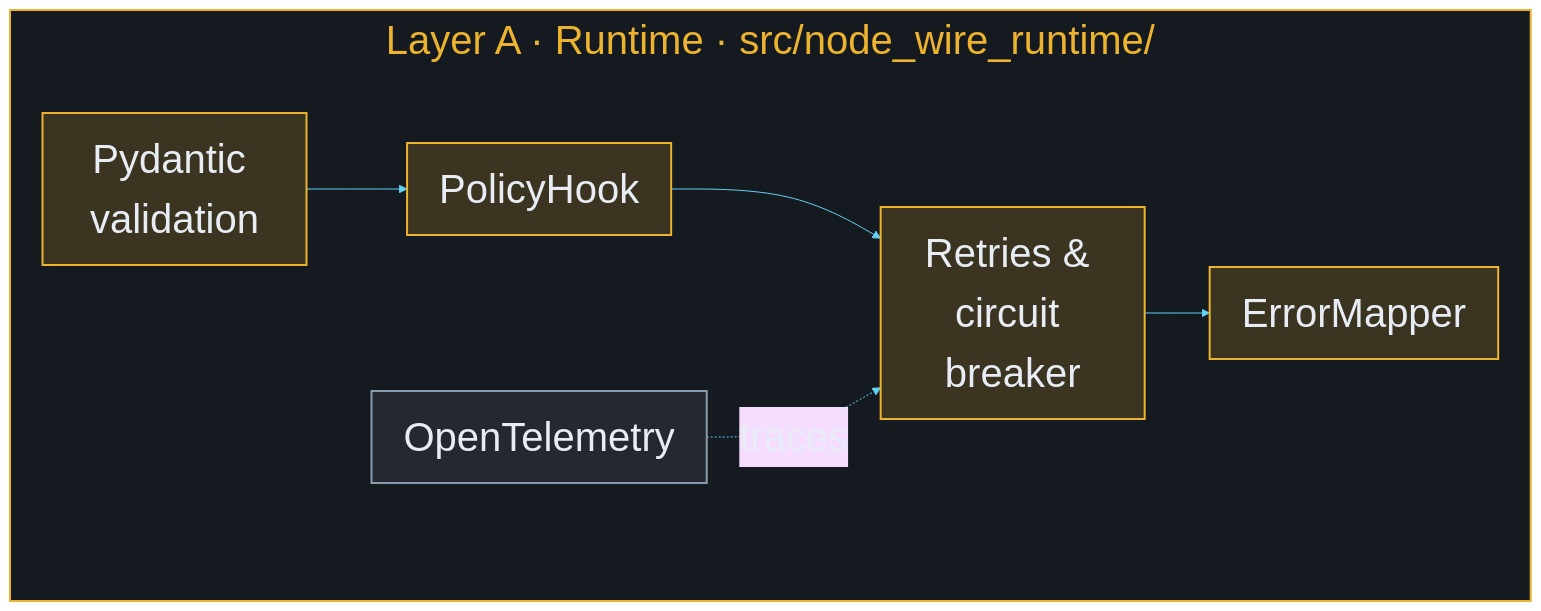
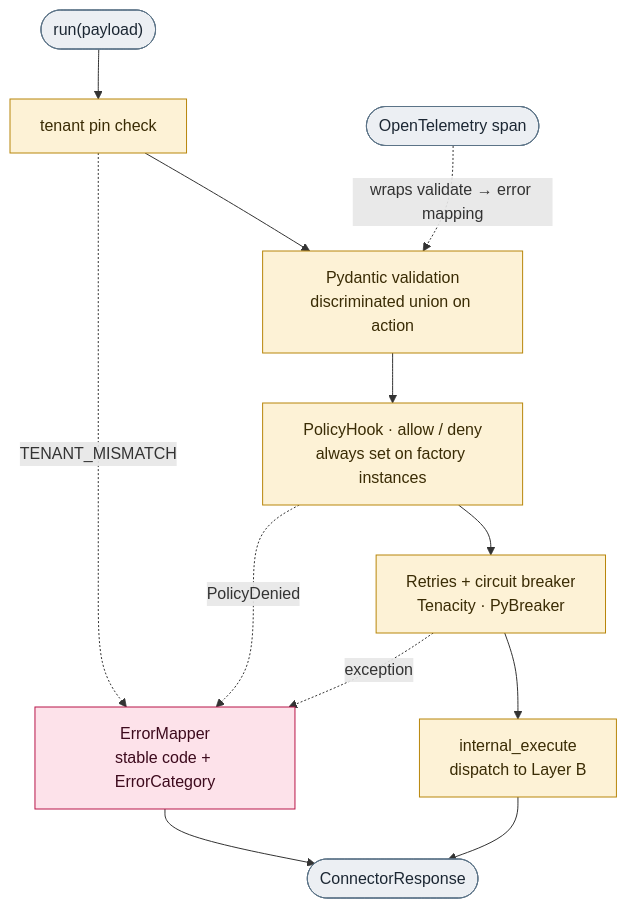
Before and after one commit to AOT-Technologies/node-wire: the third of 3 diagrams in docs/architecture.md, drawn with Mermaid. The commit also changed other lines of this file and 255 other files, not shown here.

````diff
--- a/docs/architecture.md
+++ b/docs/architecture.md
@@ -74,23 +142,27 @@
 ```mermaid
-%%{init: {"theme": "base", "themeVariables": {"fontSize": "40px", "fontFamily": "Inter, system-ui, sans-serif", "primaryTextColor": "#E8EDF5", "lineColor": "#62d2f5"}, "flowchart": {"nodeSpacing": 156, "rankSpacing": 40, "padding": 16}}}%%
-flowchart LR
-    subgraph layerA ["Layer A · Runtime · src/node_wire_runtime/"]
-        direction LR
-        Validate["Pydantic validation"]
-        Policy["PolicyHook"]
-        Resilience["Retries & circuit breaker"]
-        Errors["ErrorMapper"]
-        Otel["OpenTelemetry"]
-    end
+flowchart TB
+    In(["run(payload)"]) --> Pin["tenant pin check"]
+    Pin --> Val
+    Pin -. "TENANT_MISMATCH" .-> Err
 
-    Validate --> Policy
-    Policy --> Resilience
-    Resilience --> Errors
-    Otel -. "traces" .-> Resilience
+    Val["Pydantic validation<br/>discriminated union on action"]
+    Pol["PolicyHook · allow / deny<br/>always set on factory instances"]
+    Res["Retries + circuit breaker<br/>Tenacity · PyBreaker"]
+    Exec["internal_execute<br/>dispatch to Layer B"]
+    Val --> Pol --> Res --> Exec
+    Otel(["OpenTelemetry span"]) -. "wraps validate → error mapping" .-> Val
 
-    classDef runtime fill:#3a3420,stroke:#ecb32e,stroke-width:2px,color:#E8EDF5
-    classDef telemetry fill:#242930,stroke:#8A9BAC,stroke-width:2px,color:#E8EDF5
-    class Validate,Policy,Resilience,Errors runtime
-    class Otel telemetry
-    style layerA fill:#151920,stroke:#ecb32e,stroke-width:2px,color:#ecb32e
+    Err["ErrorMapper<br/>stable code + ErrorCategory"]
+    Pol -. "PolicyDenied" .-> Err
+    Res -. "exception" .-> Err
+    Exec --> Out(["ConnectorResponse"])
+    Err --> Out
+
+    classDef step fill:#fdf2d6,stroke:#b8860b,stroke-width:1px,color:#3a2c05
+    classDef term fill:#eceff3,stroke:#5b7387,stroke-width:1px,color:#1c2733
+    classDef err fill:#fde2ea,stroke:#b81548,stroke-width:1px,color:#3d0a1d
+    class Pin,Val,Pol,Res,Exec step
+    class In,Out term
+    class Err err
+    class Otel term
 ```
````
